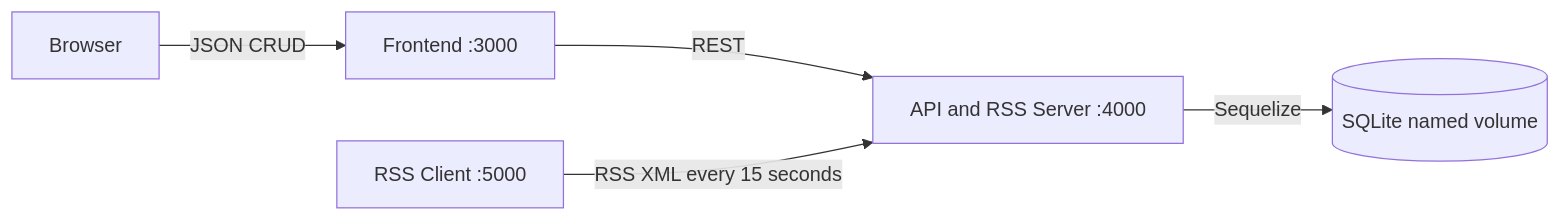
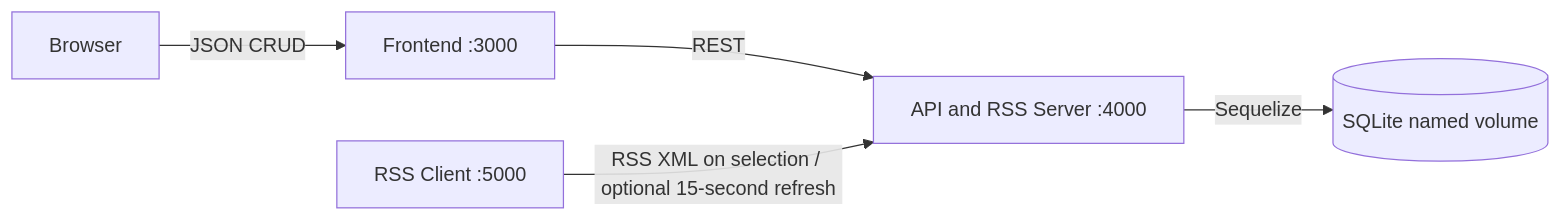
Before and after one commit to andyr100/latrobe-content-distribution-hub: the first of 2 diagrams in README.md, drawn with Mermaid. The commit also changed other lines of this file and 9 other files, not shown here.

Commit message:
feat(presentation): add video embed and RSS refresh control

````diff
--- a/README.md
+++ b/README.md
@@ -18,7 +38,7 @@
 ```mermaid
 flowchart LR
   Browser -->|JSON CRUD| Frontend[Frontend :3000]
   Frontend -->|REST| API[API and RSS Server :4000]
-  RSSClient[RSS Client :5000] -->|RSS XML every 15 seconds| API
+  RSSClient[RSS Client :5000] -->|RSS XML on selection / optional 15-second refresh| API
   API -->|Sequelize| SQLite[(SQLite named volume)]
 ```
````
